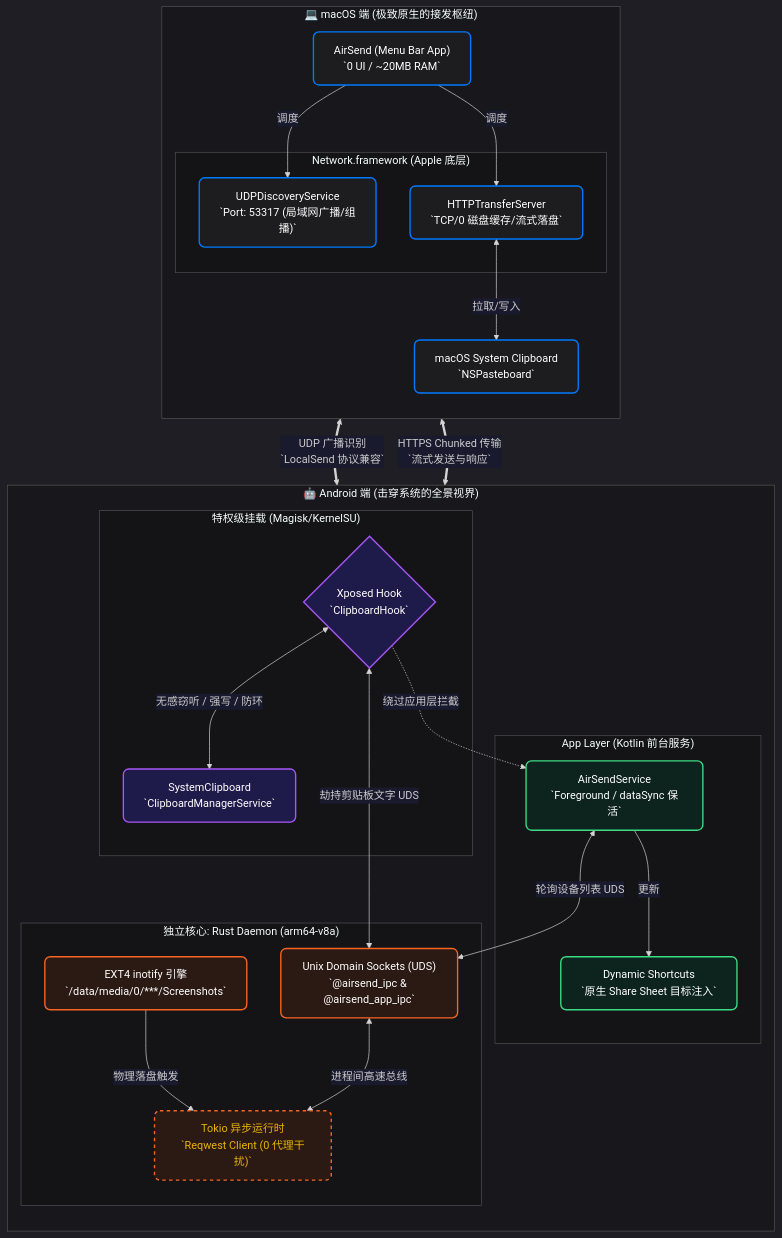
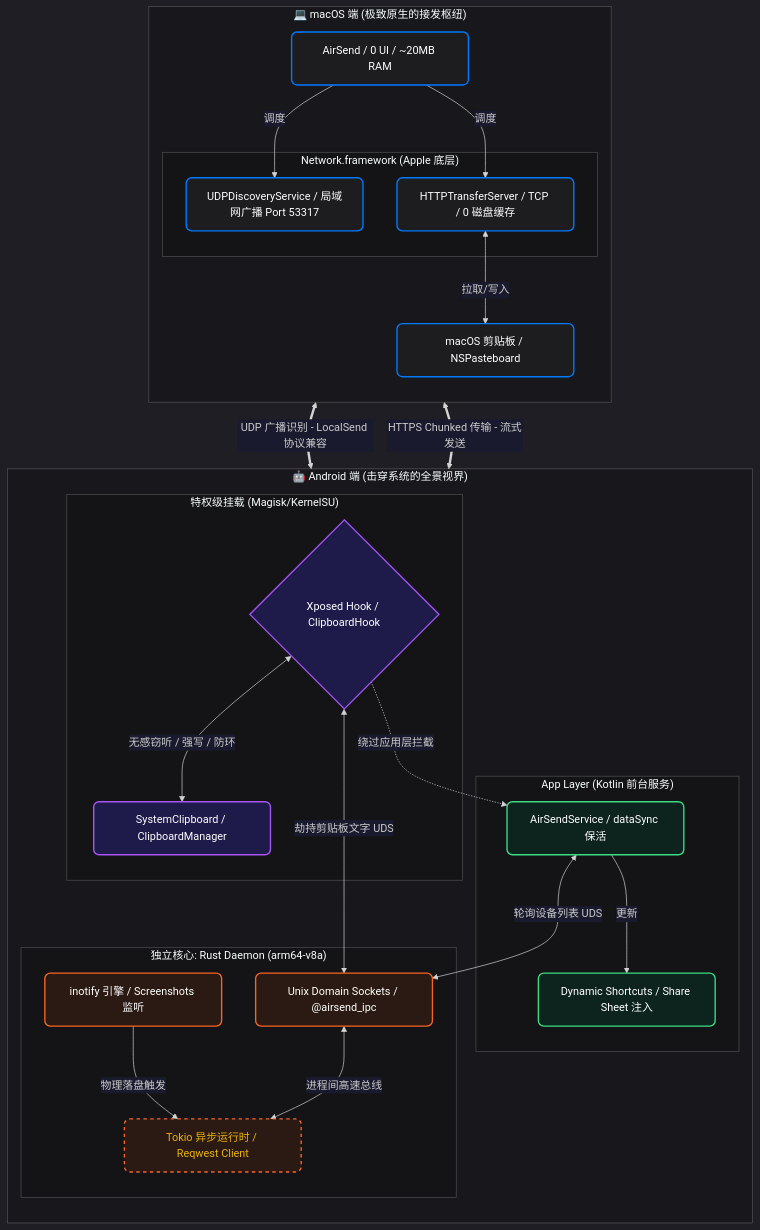
One commit to Avi7ii/AirSend changed the diagram in README.md. Above: the diagram before and after it, drawn with Mermaid. The commit also changed 1 other file, not shown here.

Commit message:
fix: clean up Mermaid node labels - remove literal \n and backticks

````diff
--- a/README.md
+++ b/README.md
@@ -60,74 +60,74 @@
 ```mermaid
 %%{init: {'theme': 'dark', 'themeVariables': {'background': 'transparent', 'clusterBkg': '#0d0d0d55', 'edgeLabelBackground': '#1a1a2e'}}}%%
 flowchart TB
     %% ==========================================
     %% 全局样式定义 (极客暗黑风格配色参考)
     %% ==========================================
     classDef mac_node fill:#1d1d1f,stroke:#007aff,stroke-width:2px,color:#fff,rx:8px,ry:8px
     classDef android_node fill:#0d231e,stroke:#3ddc84,stroke-width:2px,color:#fff,rx:8px,ry:8px
     classDef daemon_node fill:#2b1a13,stroke:#f86523,stroke-width:2px,color:#fff,rx:8px,ry:8px
     classDef magic_node fill:#1e1b4b,stroke:#a855f7,stroke-width:2px,color:#fff,rx:8px,ry:8px
     classDef protocol_line color:#eab308,stroke-width:2px,stroke-dasharray: 5 5
 
     %% ==========================================
     %% 第一部分：macOS 接收端 (The Elegant Core)
     %% ==========================================
     subgraph macOS_Side ["💻 macOS 端 (极致原生的接发枢纽)"]
         direction TB
-        MainApp["AirSend (Menu Bar App)\n`0 UI / ~20MB RAM`"]:::mac_node
+        MainApp["AirSend / 0 UI / ~20MB RAM"]:::mac_node
         
         subgraph Mac_Network ["Network.framework (Apple 底层)"]
-            UDP_Disc["UDPDiscoveryService\n`Port: 53317 (局域网广播/组播)`"]:::mac_node
-            HTTP_Trans["HTTPTransferServer\n`TCP/0 磁盘缓存/流式落盘`"]:::mac_node
+            UDP_Disc["UDPDiscoveryService / 局域网广播 Port 53317"]:::mac_node
+            HTTP_Trans["HTTPTransferServer / TCP / 0 磁盘缓存"]:::mac_node
         end
         
-        Mac_Clipboard["macOS System Clipboard\n`NSPasteboard`"]:::mac_node
+        Mac_Clipboard["macOS 剪贴板 / NSPasteboard"]:::mac_node
 
         MainApp -->|调度| UDP_Disc
         MainApp -->|调度| HTTP_Trans
         HTTP_Trans <-->|拉取/写入| Mac_Clipboard
     end
 
     %% ==========================================
     %% 第二部分：Android 发送端 (The God-Mode Engine)
     %% ==========================================
     subgraph Android_Side ["🤖 Android 端 (击穿系统的全景视界)"]
         direction TB
         
         %% 2.1 Kotlin App 层
         subgraph App_Layer ["App Layer (Kotlin 前台服务)"]
-            ForegroundSvc["AirSendService\n`Foreground / dataSync 保活`"]:::android_node
-            ShortcutManager["Dynamic Shortcuts\n`原生 Share Sheet 目标注入`"]:::android_node
+            ForegroundSvc["AirSendService / dataSync 保活"]:::android_node
+            ShortcutManager["Dynamic Shortcuts / Share Sheet 注入"]:::android_node
             ForegroundSvc -->|更新| ShortcutManager
         end
 
         %% 2.2 Xposed/LSPosed 层 (核心黑客魔法)
         subgraph Magisk_Modules ["特权级挂载 (Magisk/KernelSU)"]
-            LSPosedHook{"Xposed Hook\n`ClipboardHook`"}:::magic_node
-            SystemClip["SystemClipboard\n`ClipboardManagerService`"]:::magic_node
+            LSPosedHook{"Xposed Hook / ClipboardHook"}:::magic_node
+            SystemClip["SystemClipboard / ClipboardManager"]:::magic_node
             LSPosedHook <-->|无感窃听 / 强写 / 防环| SystemClip
             LSPosedHook -.->|绕过应用层拦截| ForegroundSvc
         end
 
         %% 2.3 Rust Daemon 层 (底层性能怪兽)
         subgraph Rust_Daemon ["独立核心: Rust Daemon (arm64-v8a)"]
-            inotify["EXT4 inotify 引擎\n`/data/media/0/***/Screenshots`"]:::daemon_node
-            TokioCore["Tokio 异步运行时\n`Reqwest Client (0 代理干扰)`"]:::daemon_node
-            UDSServer["Unix Domain Sockets (UDS)\n`@airsend_ipc & @airsend_app_ipc`"]:::daemon_node
+            inotify["inotify 引擎 / Screenshots 监听"]:::daemon_node
+            TokioCore["Tokio 异步运行时 / Reqwest Client"]:::daemon_node
+            UDSServer["Unix Domain Sockets / @airsend_ipc"]:::daemon_node
             
             inotify -->|物理落盘触发| TokioCore
             UDSServer <-->|进程间高速总线| TokioCore
         end
 
         %% Android 内部的通信连线
         ForegroundSvc <-->|轮询设备列表 UDS| UDSServer
         LSPosedHook <-->|劫持剪贴板文字 UDS| UDSServer
     end
 
     %% ==========================================
     %% 第三部分：局域网双端跨越
     %% ==========================================
-    UDP_Disc <==>|UDP 广播识别\n`LocalSend 协议兼容`| TokioCore:::protocol_line
-    HTTP_Trans <==>|HTTPS Chunked 传输\n`流式发送与响应`| TokioCore:::protocol_line
+    UDP_Disc <==>|UDP 广播识别 - LocalSend 协议兼容| TokioCore:::protocol_line
+    HTTP_Trans <==>|HTTPS Chunked 传输 - 流式发送| TokioCore:::protocol_line
 
 ```
````
